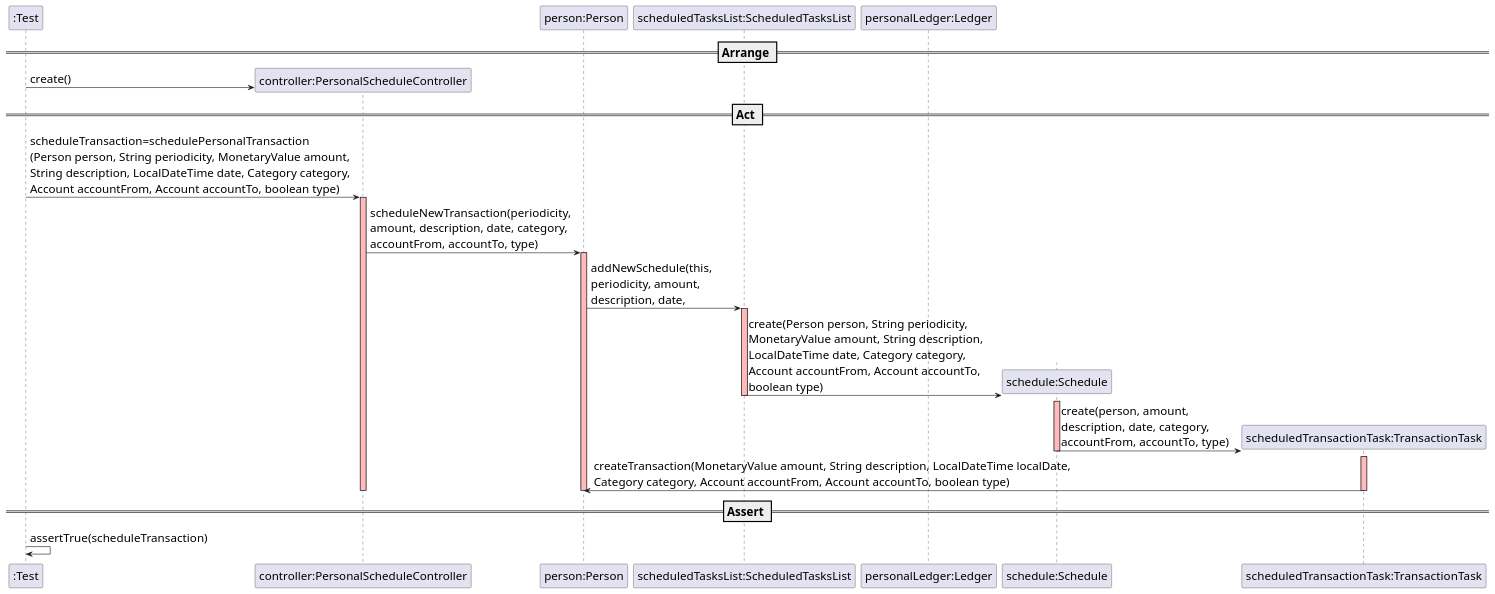
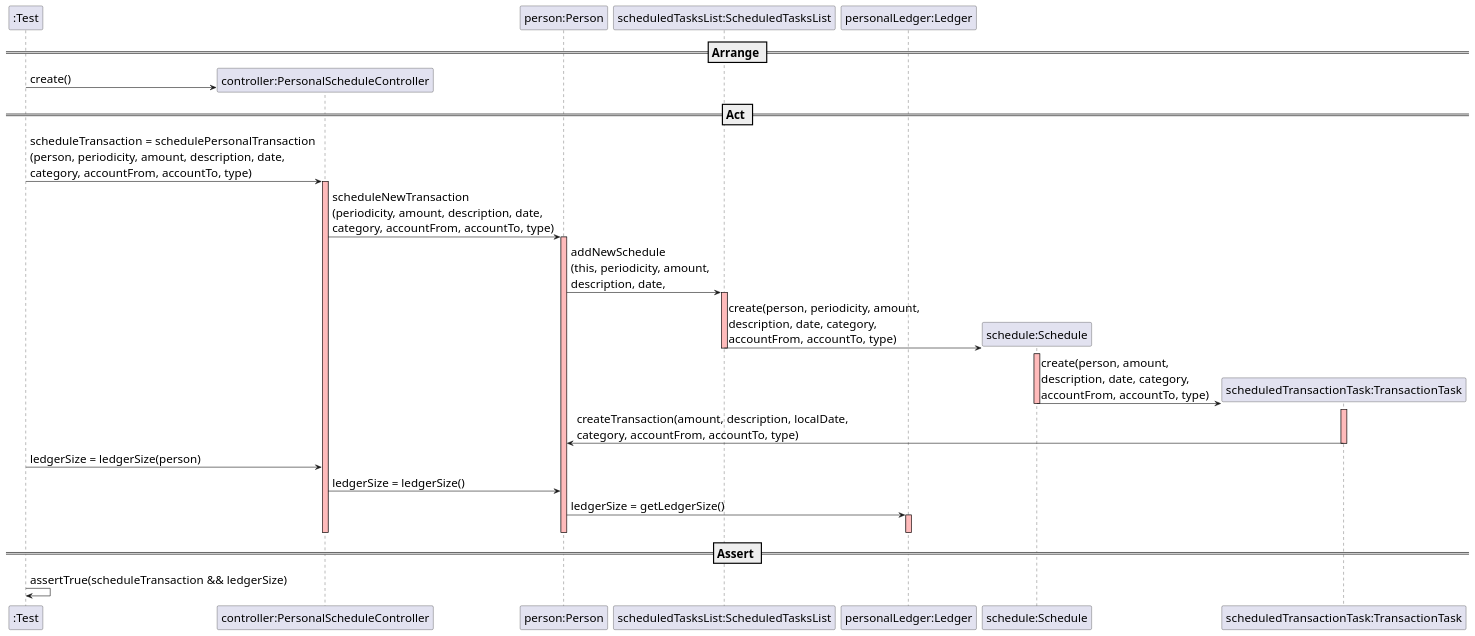
The diagram in docs/SequenceDiagram - US020.1.puml (mleitaoribeiro/DevOpsMaven), drawn with PlantUML before and after one commit. The commit also changed 7 other files, not shown here.

Commit message:
fix #541 added method ledgerSize() to controller and diagrams

```diff
--- a/docs/SequenceDiagram - US020.1.puml
+++ b/docs/SequenceDiagram - US020.1.puml
@@ -1,41 +1,46 @@
 @startuml
 skinparam DefaultFontSize 20
 participant ":Test"
 
 == Arrange ==
 
 create "controller:PersonalScheduleController"
 ":Test" -> "controller:PersonalScheduleController" : create()
 
 participant "person:Person"
 participant "scheduledTasksList:ScheduledTasksList"
 participant "personalLedger:Ledger"
 
 == Act ==
 
-":Test" -> "controller:PersonalScheduleController" : scheduleTransaction=schedulePersonalTransaction\n(Person person, String periodicity, MonetaryValue amount, \nString description, LocalDateTime date, Category category, \nAccount accountFrom, Account accountTo, boolean type)
+":Test" -> "controller:PersonalScheduleController" : scheduleTransaction = schedulePersonalTransaction\n(person, periodicity, amount, description, date, \ncategory, accountFrom, accountTo, type)
 activate "controller:PersonalScheduleController" #FFBBBB
-"controller:PersonalScheduleController" -> "person:Person" : scheduleNewTransaction(periodicity, \namount, description, date, category, \naccountFrom, accountTo, type)
+"controller:PersonalScheduleController" -> "person:Person" : scheduleNewTransaction\n(periodicity, amount, description, date, \ncategory, accountFrom, accountTo, type)
 activate "person:Person" #FFBBBB
-"person:Person" -> "scheduledTasksList:ScheduledTasksList" : addNewSchedule(this, \nperiodicity, amount, \ndescription, date,
+"person:Person" -> "scheduledTasksList:ScheduledTasksList" : addNewSchedule\n(this, periodicity, amount, \ndescription, date,
 activate "scheduledTasksList:ScheduledTasksList" #FFBBBB
 create "schedule:Schedule"
-"scheduledTasksList:ScheduledTasksList" -> "schedule:Schedule" : create(Person person, String periodicity, \nMonetaryValue amount, String description, \nLocalDateTime date, Category category, \nAccount accountFrom, Account accountTo, \nboolean type)
+"scheduledTasksList:ScheduledTasksList" -> "schedule:Schedule" : create(person, periodicity, amount, \ndescription, date, category, \naccountFrom, accountTo, type)
 activate "schedule:Schedule" #FFBBBB
 create "scheduledTransactionTask:TransactionTask"
 deactivate "scheduledTasksList:ScheduledTasksList"
 "schedule:Schedule" -> "scheduledTransactionTask:TransactionTask" : create(person, amount, \ndescription, date, category, \naccountFrom, accountTo, type)
 deactivate "schedule:Schedule"
 activate "scheduledTransactionTask:TransactionTask" #FFBBBB
-"scheduledTransactionTask:TransactionTask" -> "person:Person" : createTransaction(MonetaryValue amount, String description, LocalDateTime localDate, \nCategory category, Account accountFrom, Account accountTo, boolean type)
+"scheduledTransactionTask:TransactionTask" -> "person:Person" : createTransaction(amount, description, localDate, \ncategory, accountFrom, accountTo, type)
 deactivate "scheduledTransactionTask:TransactionTask"
+
+":Test" -> "controller:PersonalScheduleController" : ledgerSize = ledgerSize(person)
+"controller:PersonalScheduleController" -> "person:Person" : ledgerSize = ledgerSize()
+"person:Person" -> "personalLedger:Ledger" : ledgerSize = getLedgerSize()
+activate "personalLedger:Ledger" #FFBBBB
 deactivate "person:Person"
 deactivate "controller:PersonalScheduleController"
 deactivate "personalLedger:Ledger"
 
 == Assert ==
 
-":Test" -> ":Test" : assertTrue(scheduleTransaction)
+":Test" -> ":Test" : assertTrue(scheduleTransaction && ledgerSize)
 
 
 @enduml
```
